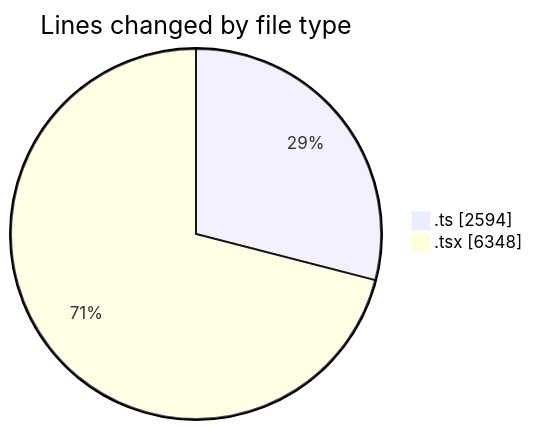
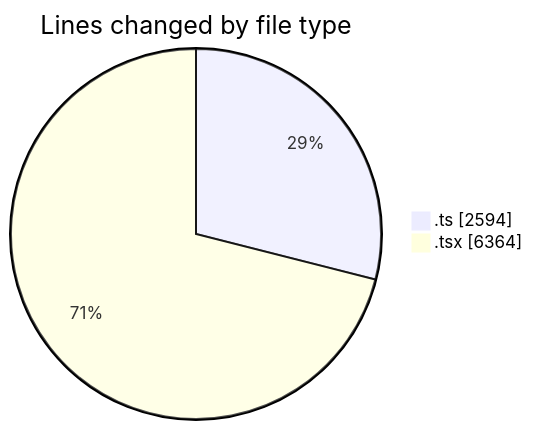
Before and after one commit to momahboobian/code-tracking: the first of 2 diagrams in 2025-07-01/cda/README.md, drawn with Mermaid. The commit also changed other lines of this file and 1 other file, not shown here.

````diff
--- a/2025-07-01/cda/README.md
+++ b/2025-07-01/cda/README.md
@@ -44,6 +44,6 @@
 ```mermaid
 pie showData
 title Lines changed by file type
 ".ts" : 2594
-".tsx" : 6348
+".tsx" : 6364
 ```
````
